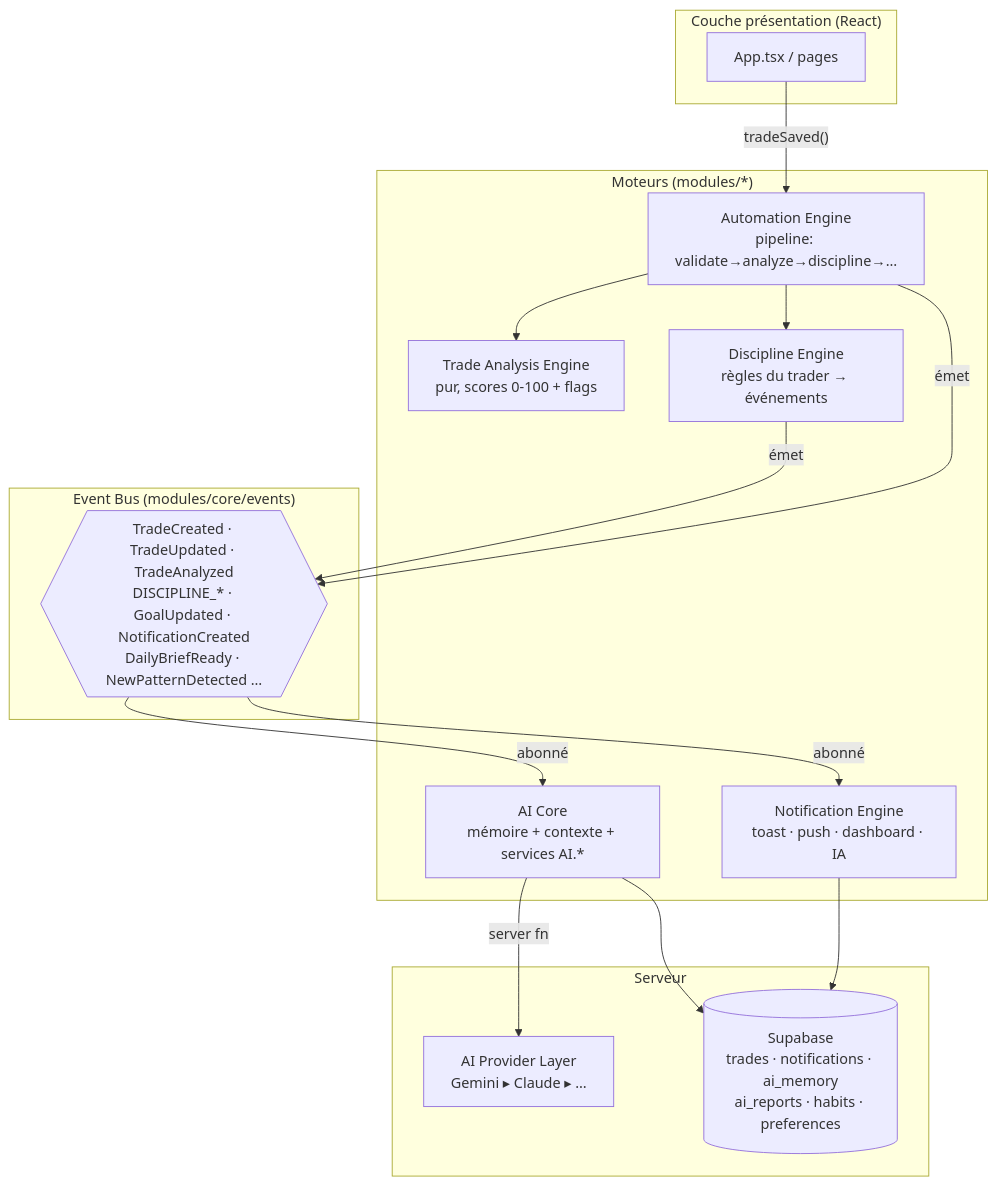
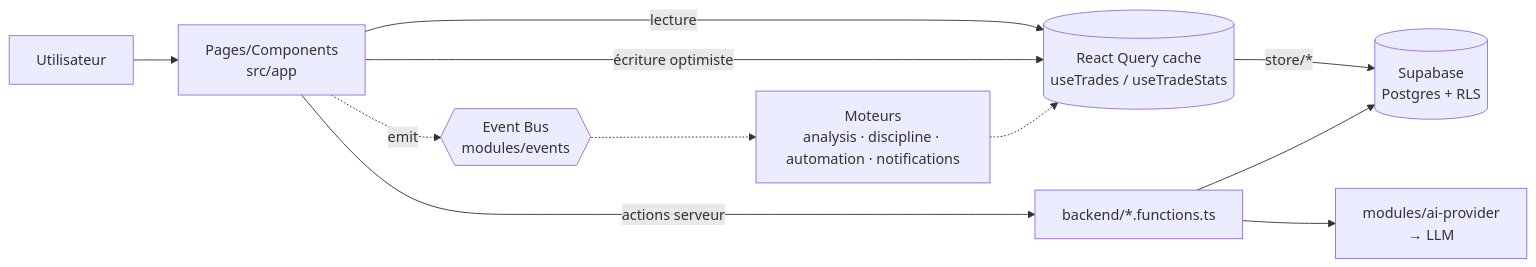
One commit to Amine2bxl/Trade-Vault changed the diagram in docs/ARCHITECTURE.md. Above: the diagram before and after it, drawn with Mermaid. The commit also changed other lines of this file and 30 other files, not shown here.

````diff
--- a/docs/ARCHITECTURE.md
+++ b/docs/ARCHITECTURE.md
@@ -34,34 +114,13 @@
 ```mermaid
-flowchart TB
-    subgraph UI["Couche présentation (React)"]
-      APP[App.tsx / pages]
-    end
-
-    subgraph BUS["Event Bus (modules/core/events)"]
-      EV{{"TradeCreated · TradeUpdated · TradeAnalyzed<br/>DISCIPLINE_* · GoalUpdated · NotificationCreated<br/>DailyBriefReady · NewPatternDetected …"}}
-    end
-
-    subgraph ENGINES["Moteurs (modules/*)"]
-      AUTO[Automation Engine<br/>pipeline: validate→analyze→discipline→…]
-      TAE[Trade Analysis Engine<br/>pur, scores 0-100 + flags]
-      DISC[Discipline Engine<br/>règles du trader → événements]
-      NOTIF[Notification Engine<br/>toast · push · dashboard · IA]
-      AICORE[AI Core<br/>mémoire + contexte + services AI.*]
-    end
-
-    subgraph SRV["Serveur"]
-      PROV[AI Provider Layer<br/>Gemini ▸ Claude ▸ …]
-      DB[(Supabase<br/>trades · notifications · ai_memory<br/>ai_reports · habits · preferences)]
-    end
-
-    APP -- "tradeSaved()" --> AUTO
-    AUTO --> TAE
-    AUTO --> DISC
-    AUTO -- émet --> EV
-    DISC -- émet --> EV
-    EV -- abonné --> NOTIF
-    EV -- abonné --> AICORE
-    NOTIF --> DB
-    AICORE -- server fn --> PROV
-    AICORE --> DB
+flowchart LR
+  U[Utilisateur] --> V[Pages/Components<br/>src/app]
+  V -->|lecture| RQ[(React Query cache<br/>useTrades / useTradeStats)]
+  V -->|écriture optimiste| RQ
+  RQ -->|store/*| SB[(Supabase<br/>Postgres + RLS)]
+  V -->|actions serveur| SF[backend/*.functions.ts]
+  SF --> SB
+  SF --> AIP[modules/ai-provider<br/>→ LLM]
+  V -.->|emit| BUS{{Event Bus<br/>modules/events}}
+  BUS -.-> ENG[Moteurs<br/>analysis · discipline · automation · notifications]
+  ENG -.-> RQ
 ```
````
